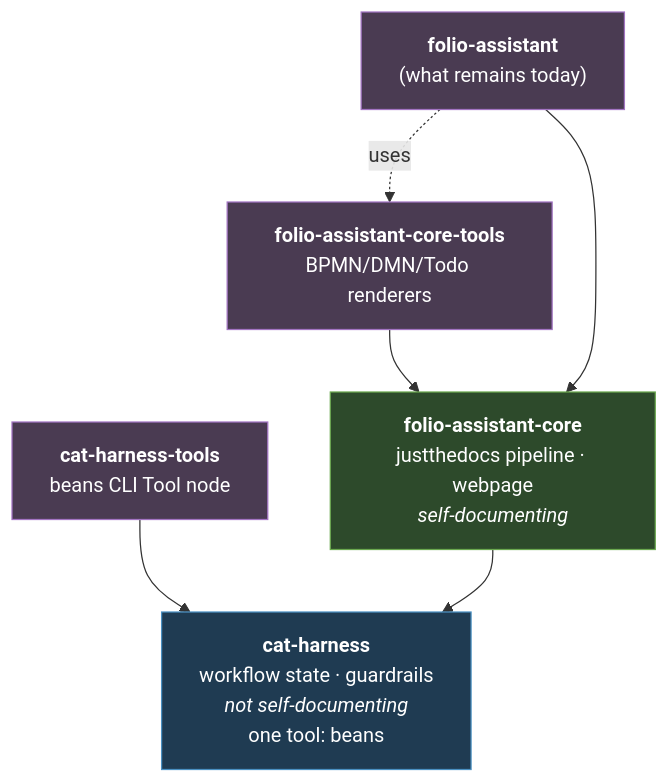
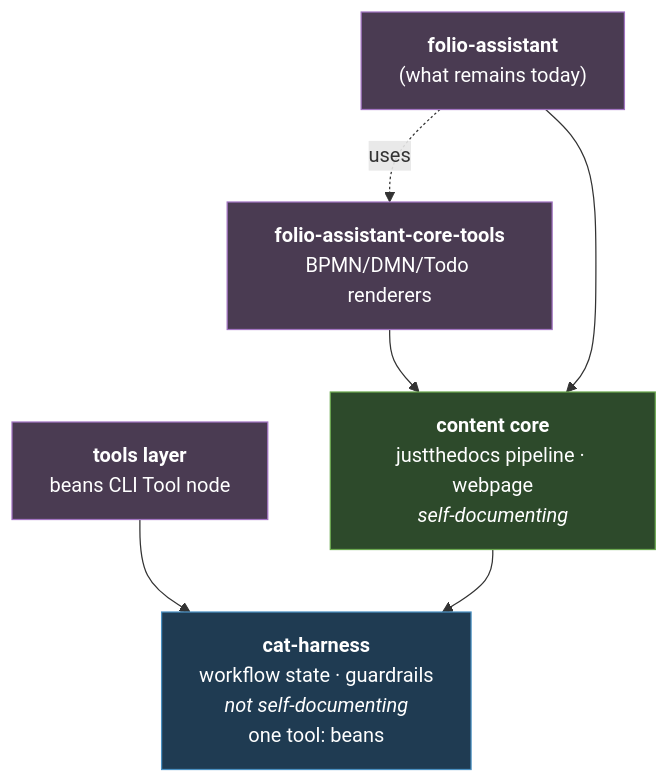
Before and after one commit to litlfred/cat-harness: the diagram in docs/concepts/architecture/cat-harness-minimum.md, drawn with Mermaid. The commit also changed other lines of this file and 123 other files, not shown here.

First line of the commit message:
Reword Markdown prose that names a layer above cat-harness

````diff
--- a/docs/concepts/architecture/cat-harness-minimum.md
+++ b/docs/concepts/architecture/cat-harness-minimum.md
@@ -29,21 +29,21 @@
 ```mermaid
 flowchart TD
     AH["<b>cat-harness</b><br/>workflow state · guardrails<br/><i>not self-documenting</i><br/>one tool: beans"]
-    AHT["<b>cat-harness-tools</b><br/>beans CLI Tool node"]
-    C["<b>folio-assistant-core</b><br/>justthedocs pipeline · webpage<br/><i>self-documenting</i>"]
+    AHT["<b>tools layer</b><br/>beans CLI Tool node"]
+    C["<b>content core</b><br/>justthedocs pipeline · webpage<br/><i>self-documenting</i>"]
     CT["<b>folio-assistant-core-tools</b><br/>BPMN/DMN/Todo renderers"]
     FA["<b>folio-assistant</b><br/>(what remains today)"]
 
     AHT --> AH
     C --> AH
     CT --> C
     FA --> C
     FA -.uses.-> CT
 
     classDef h fill:#1f3b52,stroke:#4a90c2,color:#fff
     classDef c fill:#2d4a2b,stroke:#6aa84f,color:#fff
     classDef t fill:#4a3b52,stroke:#a274c2,color:#fff
     class AH h
     class C c
     class AHT,CT,FA t
 ```
````
